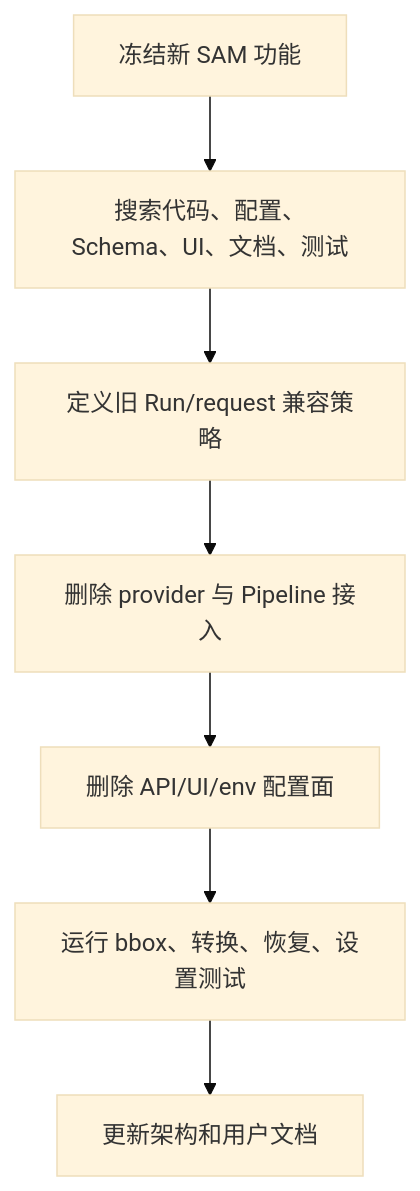
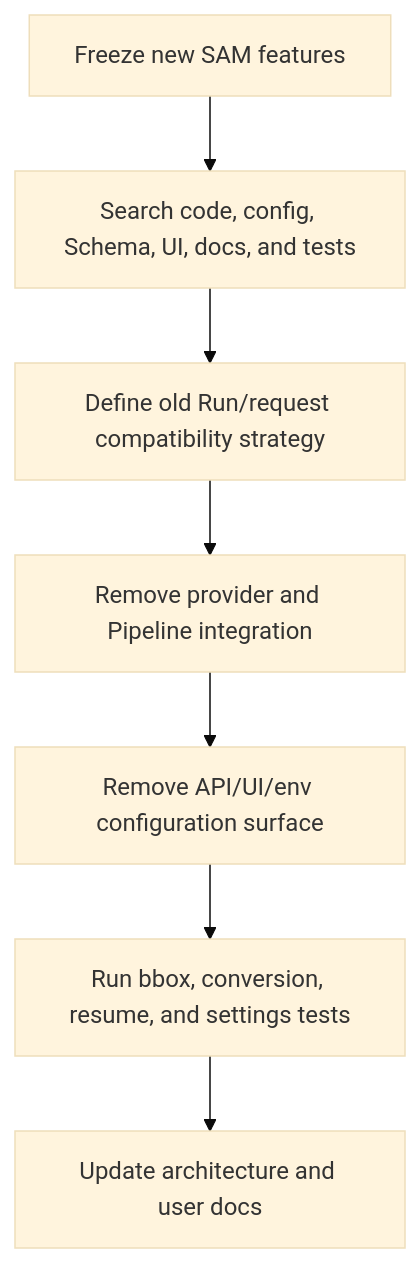
The second of 3 diagrams in architecture-summary/06-maintenance-and-evolution.md (PeiXingXie/Raster2SVG-Demo), drawn with Mermaid (base theme) before and after one commit. The commit also changed other lines of this file and 14 other files, not shown here.

````diff
--- a/architecture-summary/06-maintenance-and-evolution.md
+++ b/architecture-summary/06-maintenance-and-evolution.md
@@ -77,9 +77,9 @@
 ```mermaid
 flowchart TD
-    Freeze["冻结新 SAM 功能"] --> Inventory["搜索代码、配置、Schema、UI、文档、测试"]
-    Inventory --> Compatibility["定义旧 Run/request 兼容策略"]
-    Compatibility --> RemoveBackend["删除 provider 与 Pipeline 接入"]
-    RemoveBackend --> RemoveSurface["删除 API/UI/env 配置面"]
-    RemoveSurface --> Tests["运行 bbox、转换、恢复、设置测试"]
-    Tests --> Docs["更新架构和用户文档"]
+    Freeze["Freeze new SAM features"] --> Inventory["Search code, config, Schema, UI, docs, and tests"]
+    Inventory --> Compatibility["Define old Run/request compatibility strategy"]
+    Compatibility --> RemoveBackend["Remove provider and Pipeline integration"]
+    RemoveBackend --> RemoveSurface["Remove API/UI/env configuration surface"]
+    RemoveSurface --> Tests["Run bbox, conversion, resume, and settings tests"]
+    Tests --> Docs["Update architecture and user docs"]
 ```
````
